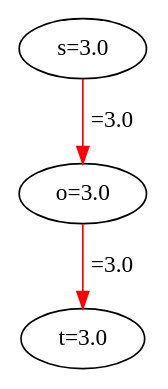
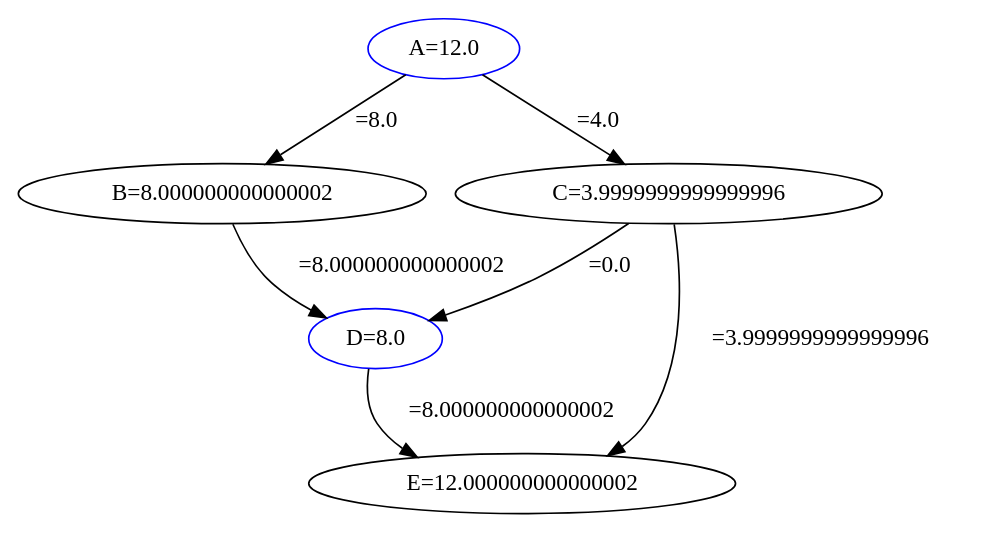
One commit to migueltoro/ada_v2_18 changed the diagram in java/EjemplosDeGrafos/ficheros/flow1Soluciones.gv. Above: the diagram before and after it, drawn with Graphviz. The commit also changed 126 other files, not shown here.

```diff
--- a/java/EjemplosDeGrafos/ficheros/flow1Soluciones.gv
+++ b/java/EjemplosDeGrafos/ficheros/flow1Soluciones.gv
@@ -1,7 +1,13 @@
 strict digraph G {
-  1 [ label="s=3.0" ];
-  2 [ label="o=3.0" ];
-  3 [ label="t=3.0" ];
-  1 -> 2 [ label="=3.0" color="red" ];
-  2 -> 3 [ label="=3.0" color="red" ];
+  1 [ color="blue" label="A=12.0" ];
+  2 [ color="black" label="B=8.000000000000002" ];
+  3 [ color="black" label="C=3.9999999999999996" ];
+  4 [ color="blue" label="D=8.0" ];
+  5 [ color="black" label="E=12.000000000000002" ];
+  1 -> 3 [ style="solid" label="=4.0" ];
+  1 -> 2 [ style="solid" label="=8.0" ];
+  2 -> 4 [ style="solid" label="=8.000000000000002" ];
+  3 -> 4 [ style="solid" label="=0.0" ];
+  3 -> 5 [ style="solid" label="=3.9999999999999996" ];
+  4 -> 5 [ style="solid" label="=8.000000000000002" ];
 }
```
